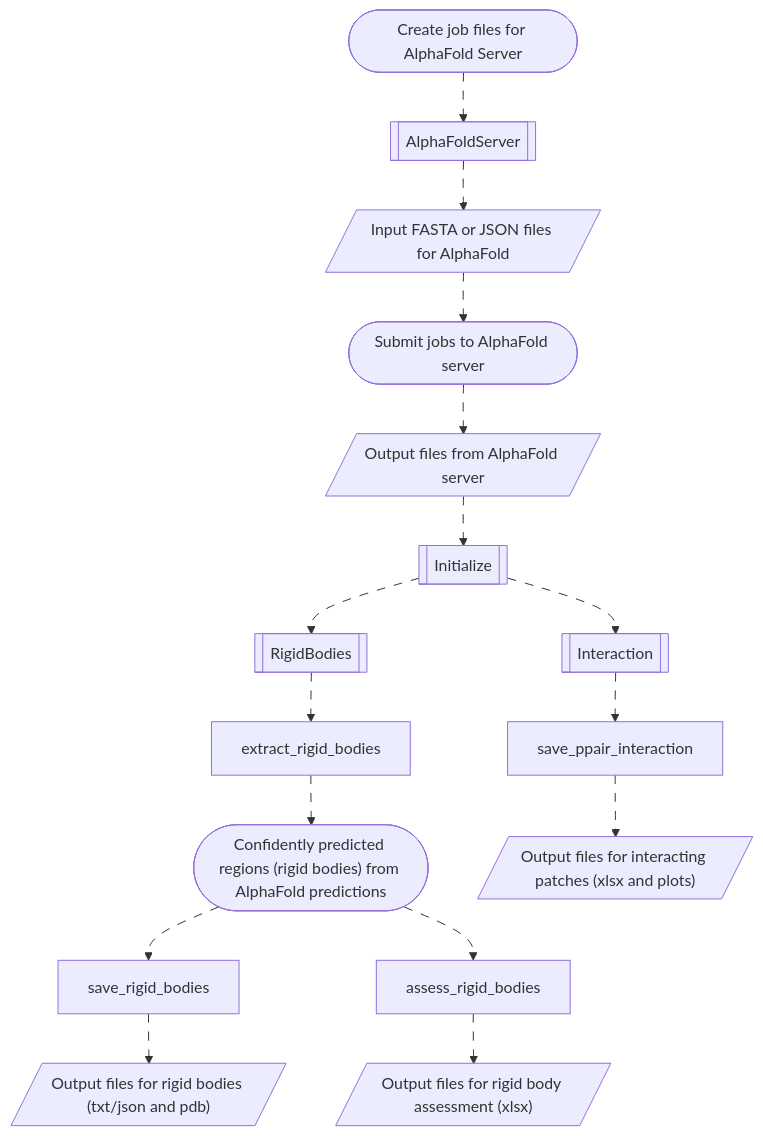
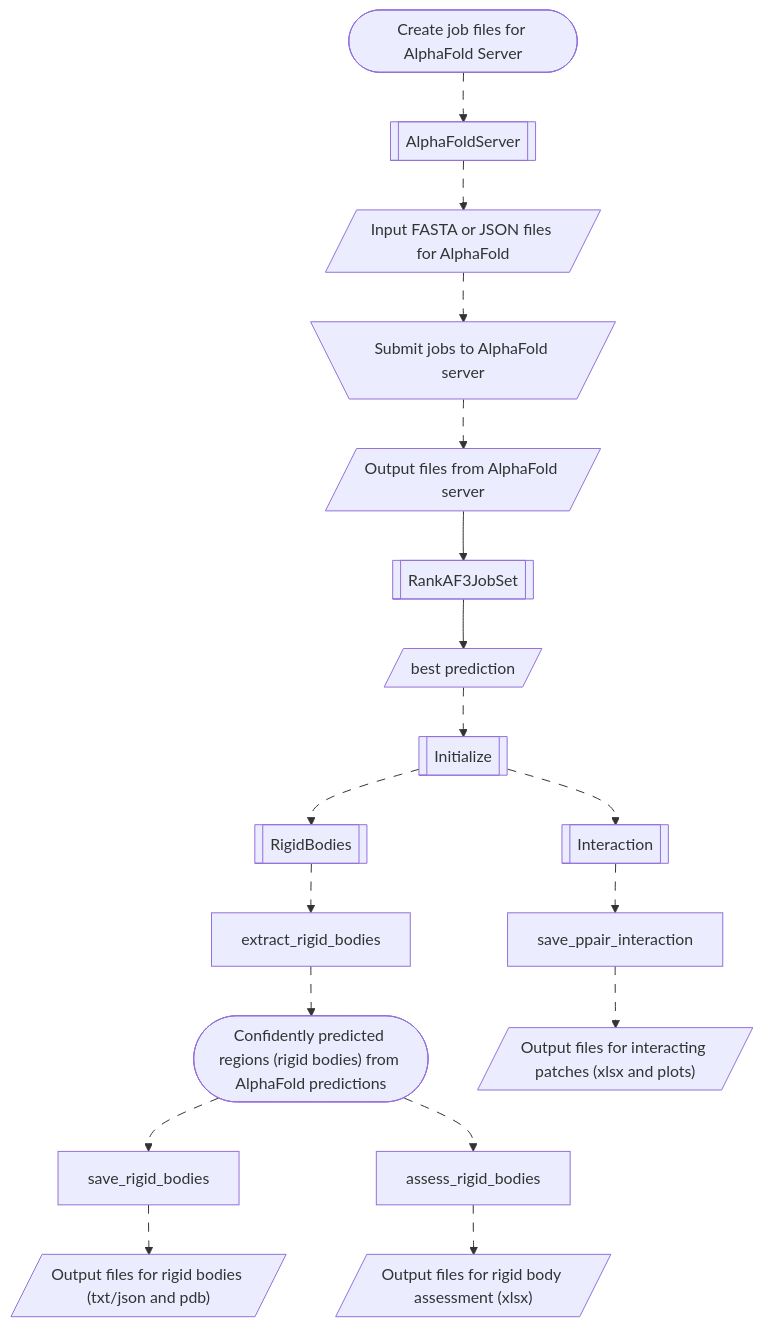
Before and after one commit to isblab/af_pipeline: the diagram in readme.md, drawn with Mermaid. The commit also changed other lines of this file and 3 other files, not shown here.

````diff
--- a/readme.md
+++ b/readme.md
@@ -102,30 +108,33 @@
 ```mermaid
 
 graph TD
     A([Create job files for AlphaFold Server]) e1@--> B[[AlphaFoldServer]]
     click B "af_pipeline/af_input/alphafold3.html#AlphaFoldServer" "AlphaFoldServer" _blank
-    B e2@--> C[/Input FASTA or JSON files for AlphaFold/] e3@--> D([Submit jobs to AlphaFold server])
+    B e2@--> C[/Input FASTA or JSON files for AlphaFold/] e3@--> D[\Submit jobs to AlphaFold server/]
     click D "https://alphafoldserver.com" "alphafoldserver" _blank
     D e4@--> E[/Output files from AlphaFold server/]
-    E e5@--> F[[Initialize]]
+    E e16@--> R[[RankAF3JobSet]]
+    click R "af_pipeline/rank_predictions/rank_af.html#RankAF3JobSet" "RankAF3JobSet" _blank
+    R e17@--> S[/best prediction/]
+    S e5@--> F[[Initialize]]
     click F "af_pipeline/parser/initialize.html#Initialize" "Initialize" _blank
     F e6@--> G[[RigidBodies]]
     click G "af_pipeline/rigid_bodies/rigid_bodies.html#RigidBodies" "RigidBodies" _blank
     F e7@--> H[[Interaction]]
     click H "af_pipeline/interaction/interaction.html#Interaction" "Interaction" _blank
     G e8@--> I[extract_rigid_bodies]
     click I "af_pipeline/rigid_bodies/rigid_bodies.html#RigidBodies.extract_rigid_bodies" "extract_rigid_bodies" _blank
     N e9@--> J[save_rigid_bodies]
     click J "af_pipeline/rigid_bodies/rigid_bodies.html#RigidBodies.save_rigid_bodies" "save_rigid_bodies" _blank
     N e10@--> K[assess_rigid_bodies]
     click K "af_pipeline/rigid_bodies/rigid_bodies.html#RigidBodies.assess_rigid_bodies" "assess_rigid_bodies" _blank
     H e11@--> M[save_ppair_interaction]
     click M "af_pipeline/interaction/interaction.html#Interaction.save_ppair_interaction" "save_ppair_interaction" _blank
     I e12@--> N(["Confidently predicted regions (rigid bodies) from AlphaFold predictions"])
     J e13@--> O[/"Output files for rigid bodies (txt/json and pdb)"/]
     K e14@--> P[/"Output files for rigid body assessment (xlsx)"/]
     M e15@--> Q[/"Output files for interacting patches (xlsx and plots)"/]
     classDef animate stroke-dasharray: 9,5,stroke-dashoffset: 900,animation: dash 25s linear infinite;
     class e1,e2,e3,e4,e5,e6,e7,e8,e9,e10,e11,e12,e13,e14,e15 animate
 
 ```
````
